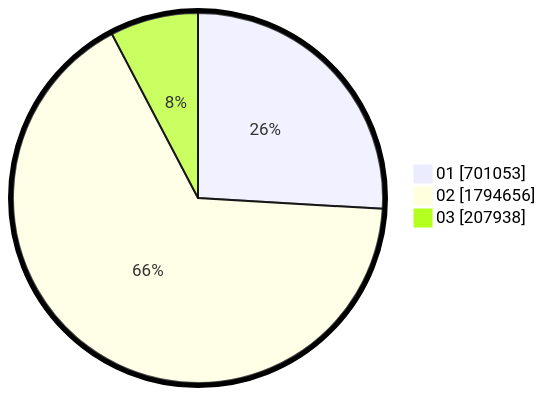
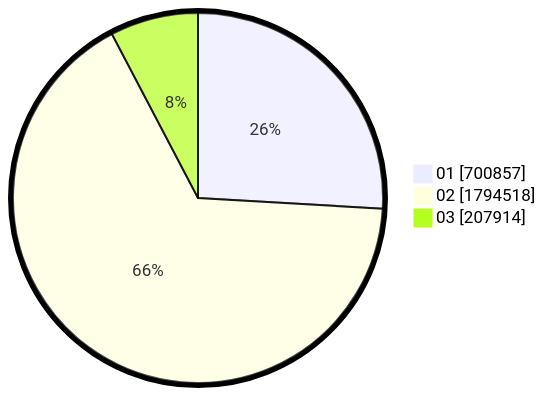
Before and after one commit to gigit-pemilu/pemilu-2024: the second of 2 diagrams in pilpres/hitung-suara/sub/table-wilayah-52.md, drawn with Mermaid. The commit also changed other lines of this file and 7 other files, not shown here.

````diff
--- a/pilpres/hitung-suara/sub/table-wilayah-52.md
+++ b/pilpres/hitung-suara/sub/table-wilayah-52.md
@@ -15,7 +15,7 @@
 ```mermaid
 %%{init: {"pie": {"textPosition": 0.5}, "themeVariables": {"pieOuterStrokeWidth": "5px"}} }%%
 pie showData
-    "01" : 701053
-    "02" : 1794656
-    "03" : 207938
+    "01" : 700857
+    "02" : 1794518
+    "03" : 207914
 ```
````
